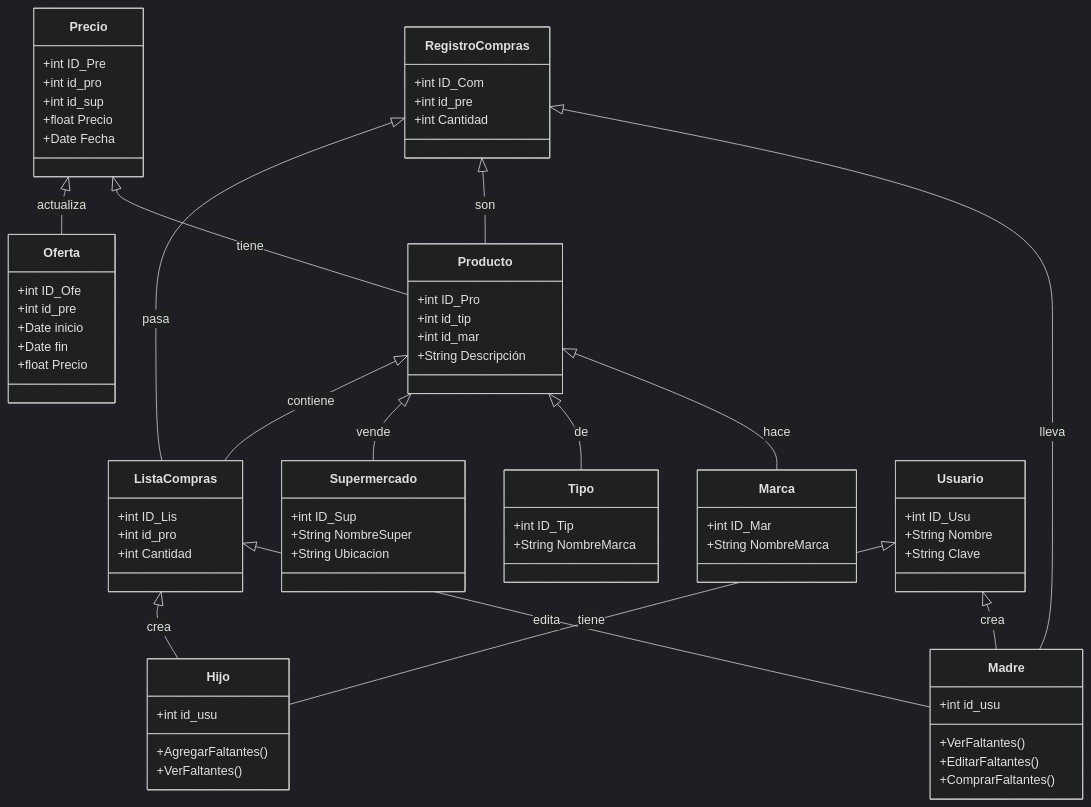
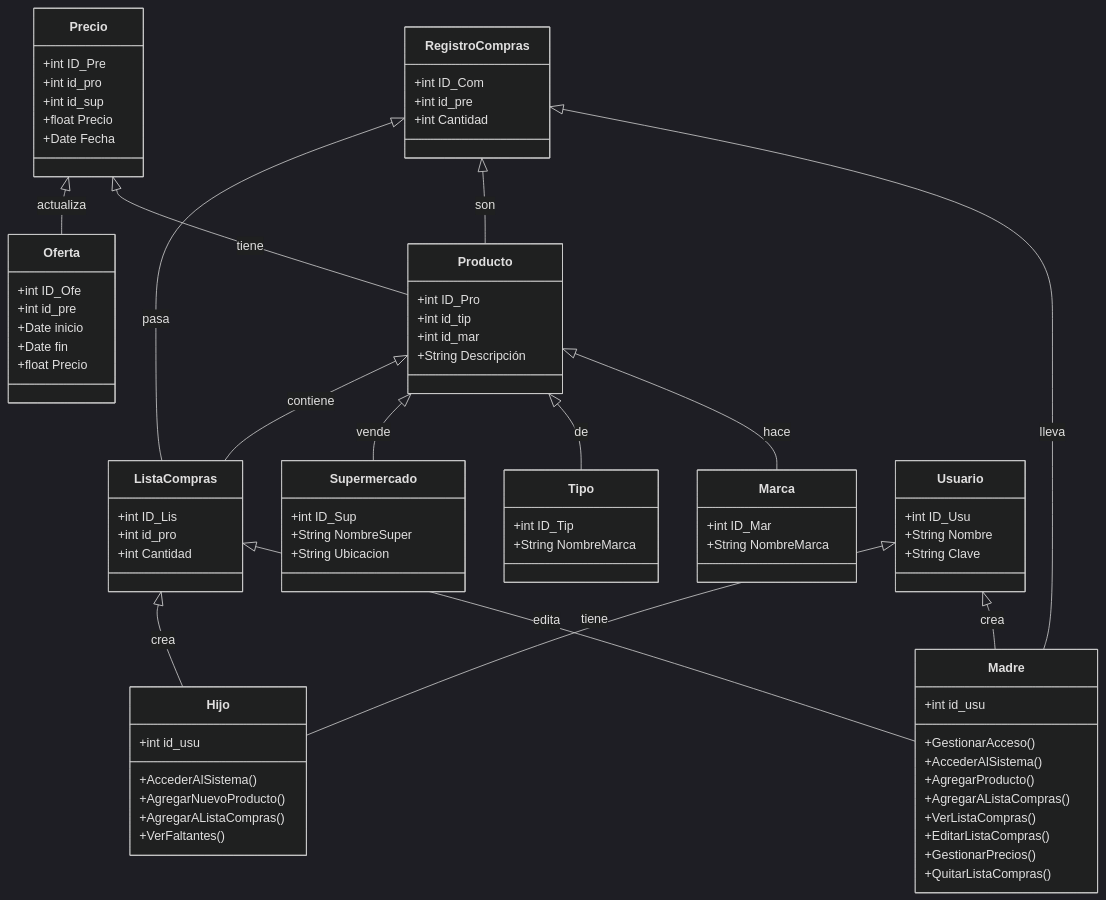
One commit to LocoUnPocoNadaMas/Lista-Compras changed the third of 11 diagrams in README.md. Above: the diagram before and after it, drawn with Mermaid (dark theme). The commit also changed other lines of this file, not shown here.

````diff
--- a/README.md
+++ b/README.md
@@ -534,73 +534,80 @@
 ```mermaid
 classDiagram
 Producto  <|-- Marca : hace
 Producto  <|-- Tipo : de
 Producto  <|-- Supermercado : vende
 Producto  <|-- ListaCompras : contiene
 ListaCompras  <|--  Madre  :  edita
 RegistroCompras  <|--  Madre  :  lleva
 RegistroCompras  <|--  Producto  :  son
 RegistroCompras  <|--  ListaCompras  :  pasa
 Precio  <|--  Producto  :  tiene
 Precio  <|--  Oferta :  actualiza
 ListaCompras  <|--  Hijo  :  crea
 Producto  :  +int ID_Pro
 Producto  :  +int id_tip
 Producto  :  +int id_mar
 Producto  :  +String Descripción
 Usuario  <|--  Madre  :  crea
 Usuario  <|--  Hijo  :  tiene
 class  Marca{
 +int ID_Mar
 +String NombreMarca
 }
 class  Tipo{
 +int ID_Tip
 +String NombreMarca
 }
 class  Supermercado{
 +int ID_Sup
 +String NombreSuper
 +String Ubicacion
 }
 class  ListaCompras{
 +int ID_Lis
 +int id_pro
 +int Cantidad
 }
 class  RegistroCompras{
 +int ID_Com
 +int id_pre
 +int Cantidad
 }
 class  Precio{
 +int ID_Pre
 +int id_pro
 +int id_sup
 +float Precio
 +Date Fecha
 }
 class  Oferta{
 +int ID_Ofe
 +int id_pre
 +Date inicio
 +Date fin
 +float Precio
 }
 class  Usuario{
 +int ID_Usu
 +String Nombre
 +String Clave
 }
 class  Hijo{
 +int id_usu
-+AgregarFaltantes()
++AccederAlSistema()
++AgregarNuevoProducto()
++AgregarAListaCompras()
 +VerFaltantes()
 }
 class  Madre{
 +int id_usu
-+VerFaltantes()
-+EditarFaltantes()
-+ComprarFaltantes()
++GestionarAcceso()
++AccederAlSistema()
++AgregarProducto()
++AgregarAListaCompras()
++VerListaCompras()
++EditarListaCompras()
++GestionarPrecios()
++QuitarListaCompras()
 }
 ```
````
